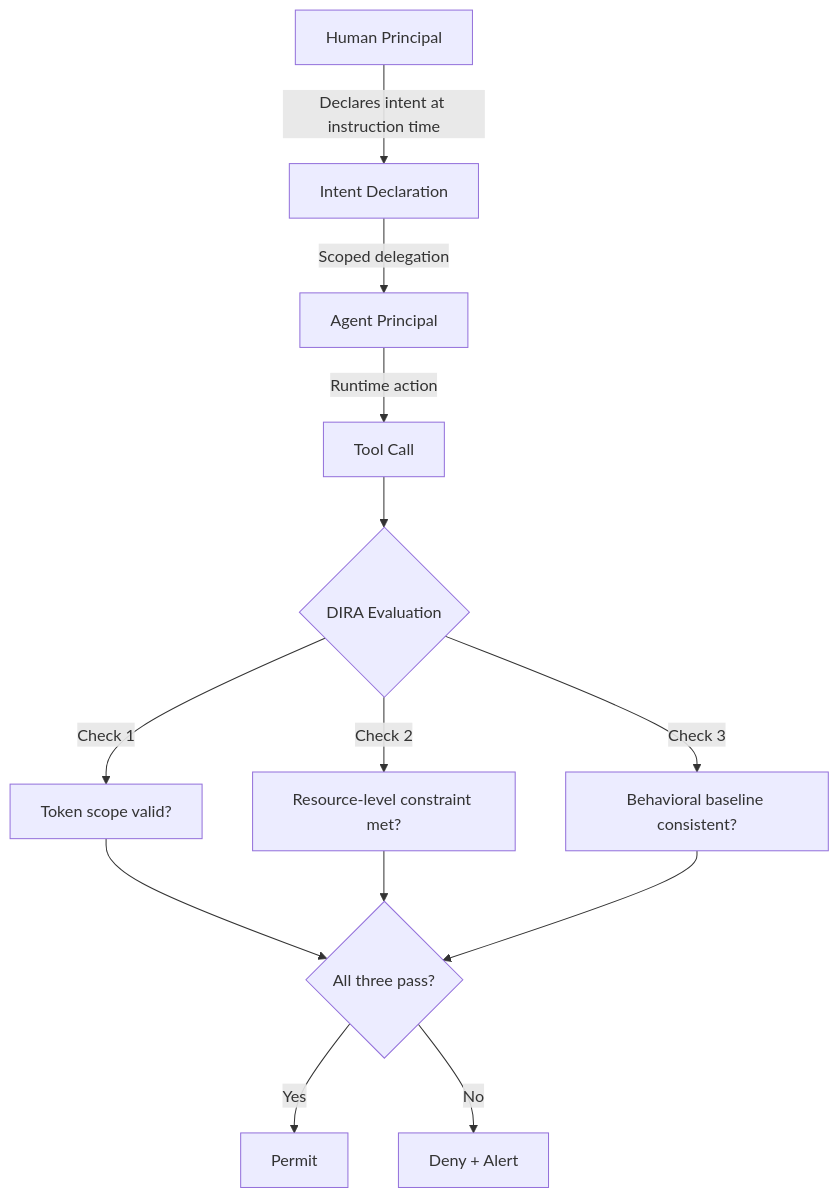
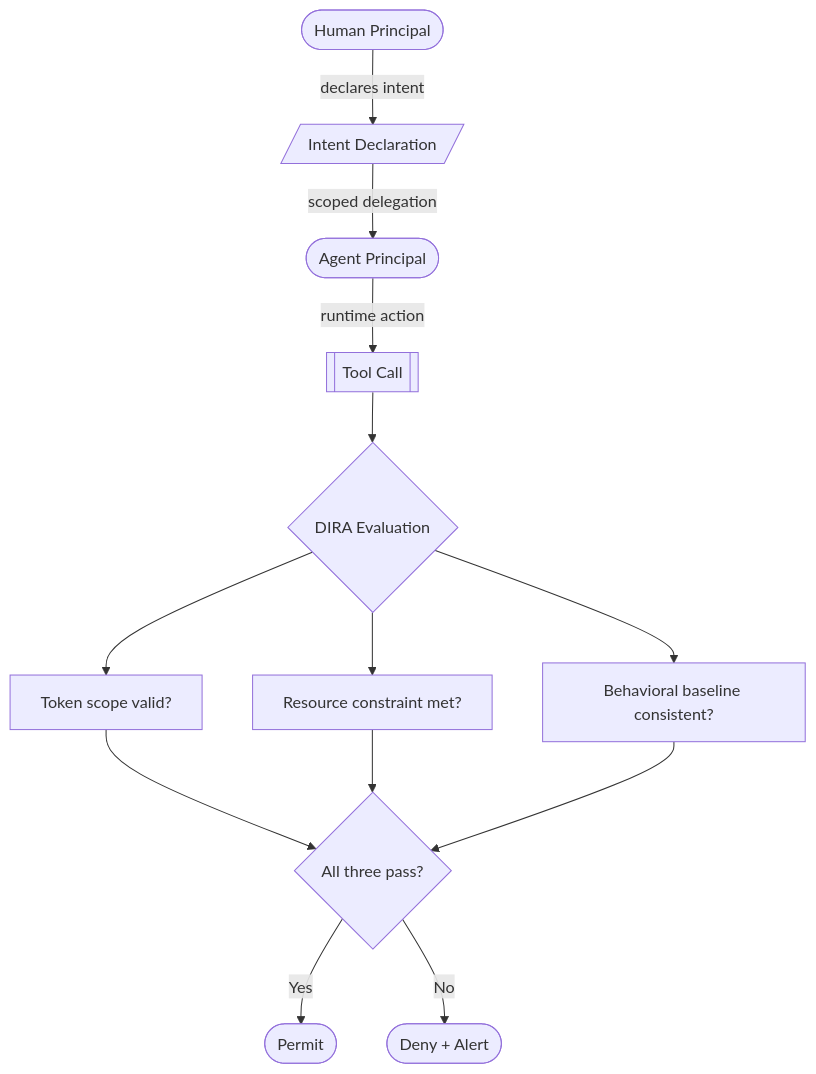
Before and after one commit to CyberdaemonAI/cyberdaemon-site: the fourth of 4 diagrams in src/content/research/dira-framework.mdx, drawn with Mermaid. The commit also changed other lines of this file and 23 other files, not shown here.

First line of the commit message:
style(diagrams): retrofit all mermaid diagrams to flowchart syntax site-wide

````diff
--- a/src/content/research/dira-framework.mdx
+++ b/src/content/research/dira-framework.mdx
@@ -551,15 +551,15 @@
 ```mermaid
-graph TD
-    H[Human Principal] -->|"Declares intent at instruction time"| I[Intent Declaration]
-    I -->|"Scoped delegation"| A[Agent Principal]
-    A -->|"Runtime action"| T[Tool Call]
+flowchart TD
+    H([Human Principal]) -->|"declares intent"| I[/Intent Declaration/]
+    I -->|"scoped delegation"| A([Agent Principal])
+    A -->|"runtime action"| T[[Tool Call]]
     T --> V{DIRA Evaluation}
-    V -->|"Check 1"| S[Token scope valid?]
-    V -->|"Check 2"| R[Resource-level constraint met?]
-    V -->|"Check 3"| B[Behavioral baseline consistent?]
-    S --> D{All three pass?}
-    R --> D
-    B --> D
-    D -->|"Yes"| P[Permit]
-    D -->|"No"| X[Deny + Alert]
+    V --> S[Token scope valid?]
+    V --> R[Resource constraint met?]
+    V --> B[Behavioral baseline consistent?]
+    S --> GATE{All three pass?}
+    R --> GATE
+    B --> GATE
+    GATE -->|"Yes"| P([Permit])
+    GATE -->|"No"| X([Deny + Alert])
 ```
````
